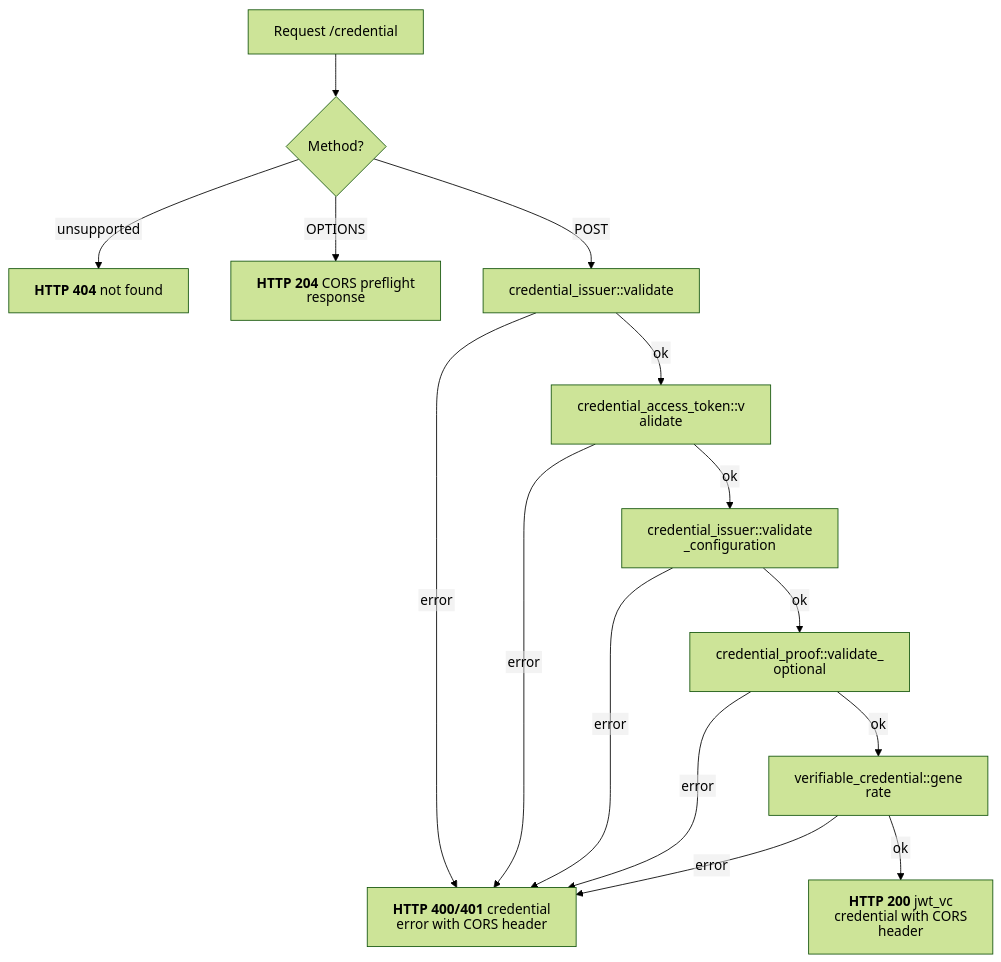
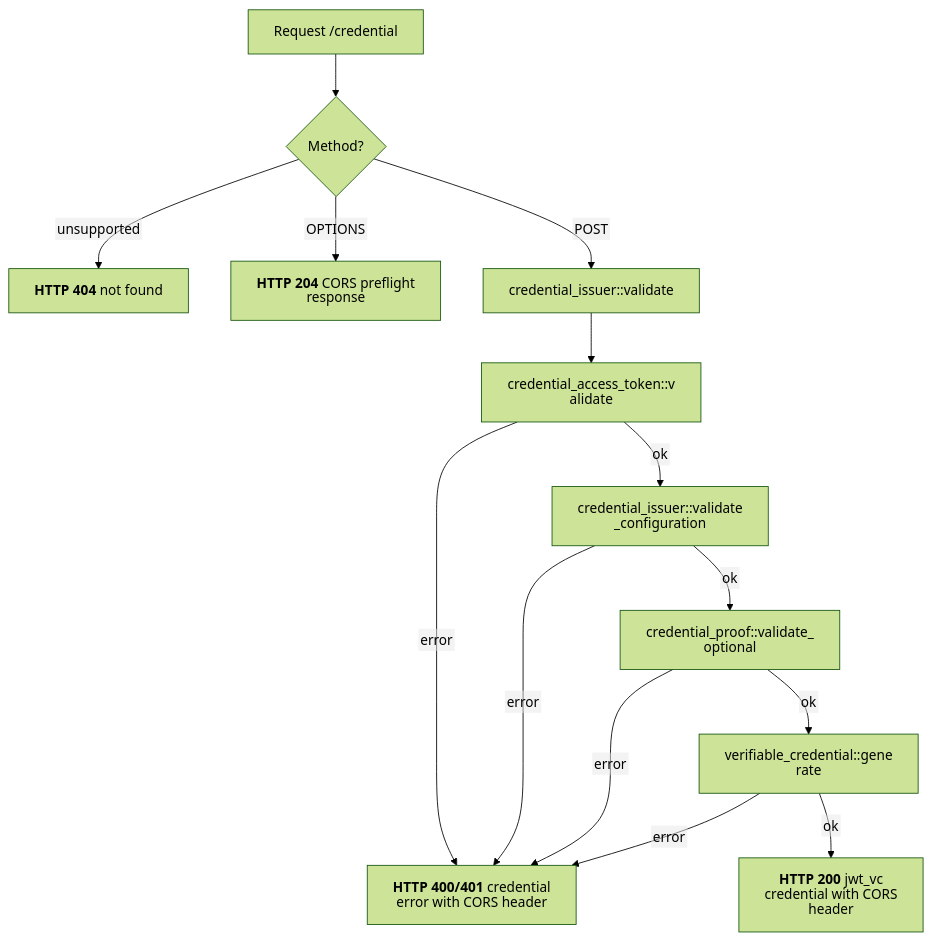
One commit to malach-it/kagome changed the diagram in docs/flows/openid4vci/credential_endpoint.mmd. Above: the diagram before and after it, drawn with Mermaid (forest theme). The commit also changed 23 other files, not shown here.

Commit message:
fix: use configured credential issuer

```diff
--- a/docs/flows/openid4vci/credential_endpoint.mmd
+++ b/docs/flows/openid4vci/credential_endpoint.mmd
@@ -1,16 +1,15 @@
 %%{init: {"htmlLabels": false, "flowchart": {"htmlLabels": false}}}%%
 flowchart TD
     start[Request /credential] --> method{Method?}
     method -- unsupported --> not_found["`**HTTP 404** not found`"]
     method -- OPTIONS --> preflight["`**HTTP 204** CORS preflight response`"]
     method -- POST --> issuer["credential_issuer::validate"]
-    issuer -- error --> credential_error["`**HTTP 400/401** credential error with CORS header`"]
-    issuer -- ok --> bearer["credential_access_token::validate"]
-    bearer -- error --> credential_error
+    issuer --> bearer["credential_access_token::validate"]
+    bearer -- error --> credential_error["`**HTTP 400/401** credential error with CORS header`"]
     bearer -- ok --> configuration["credential_issuer::validate_configuration"]
     configuration -- error --> credential_error
     configuration -- ok --> proof["credential_proof::validate_optional"]
     proof -- error --> credential_error
     proof -- ok --> generate["verifiable_credential::generate"]
     generate -- error --> credential_error
     generate -- ok --> success["`**HTTP 200** jwt_vc credential with CORS header`"]
```
